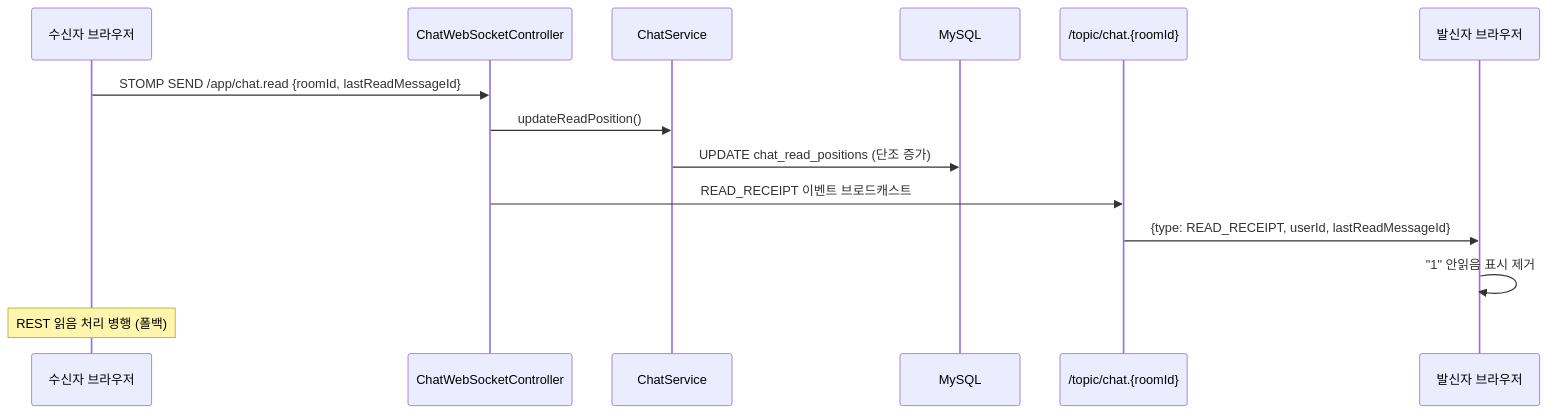
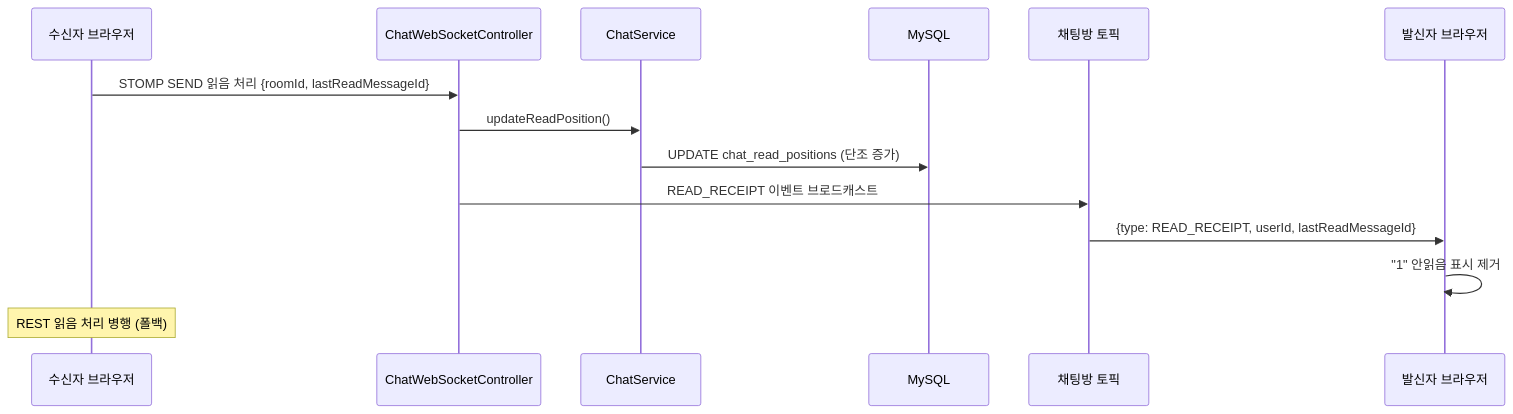
Before and after one commit to cherry-market/cherry-architecture: the fourth of 8 diagrams in architecture/chat-domain.md, drawn with Mermaid. The commit also changed other lines of this file and 6 other files, not shown here.

````diff
--- a/architecture/chat-domain.md
+++ b/architecture/chat-domain.md
@@ -140,17 +140,17 @@
 ```mermaid
 sequenceDiagram
     participant R as 수신자 브라우저
     participant WS as ChatWebSocketController
     participant SVC as ChatService
     participant DB as MySQL
-    participant T as /topic/chat.{roomId}
+    participant T as 채팅방 토픽
     participant S as 발신자 브라우저
 
-    R->>WS: STOMP SEND /app/chat.read {roomId, lastReadMessageId}
+    R->>WS: STOMP SEND 읽음 처리 {roomId, lastReadMessageId}
     WS->>SVC: updateReadPosition()
     SVC->>DB: UPDATE chat_read_positions (단조 증가)
     WS->>T: READ_RECEIPT 이벤트 브로드캐스트
     T->>S: {type: READ_RECEIPT, userId, lastReadMessageId}
     S->>S: "1" 안읽음 표시 제거
     Note over R: REST 읽음 처리 병행 (폴백)
 ```
````
